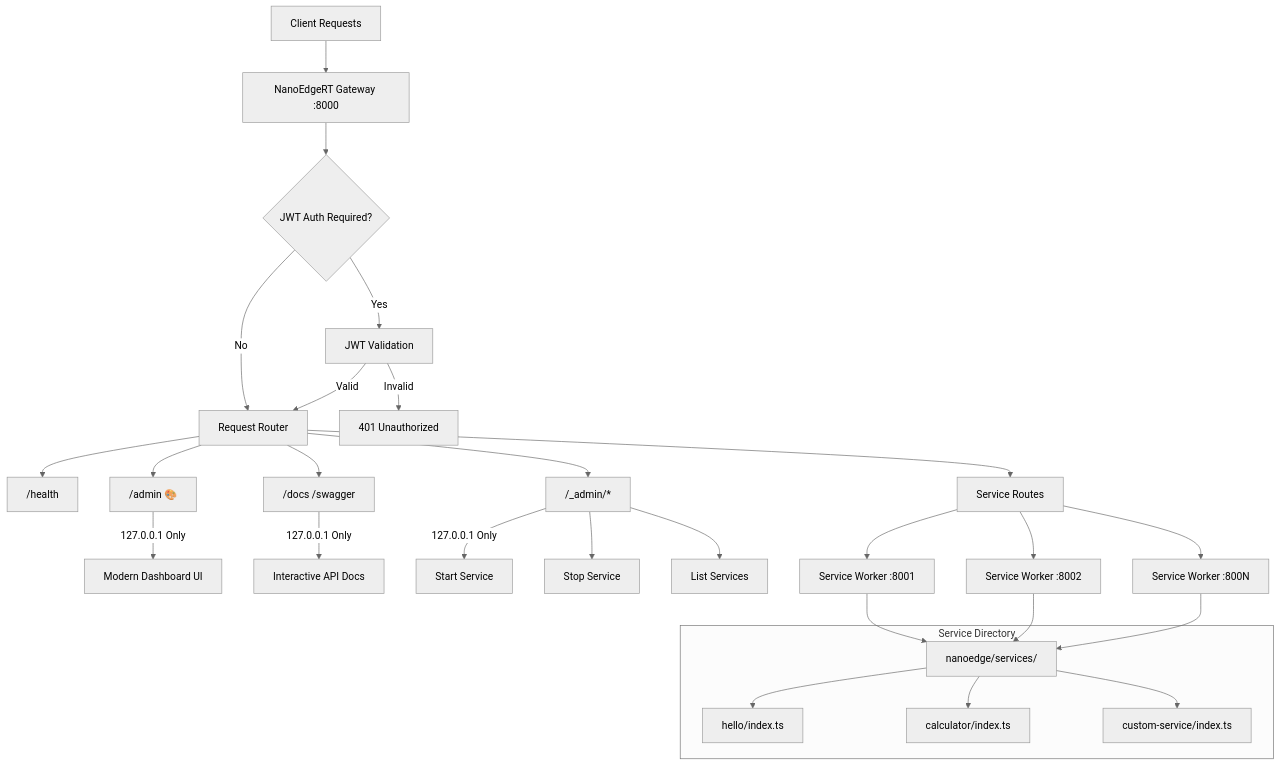
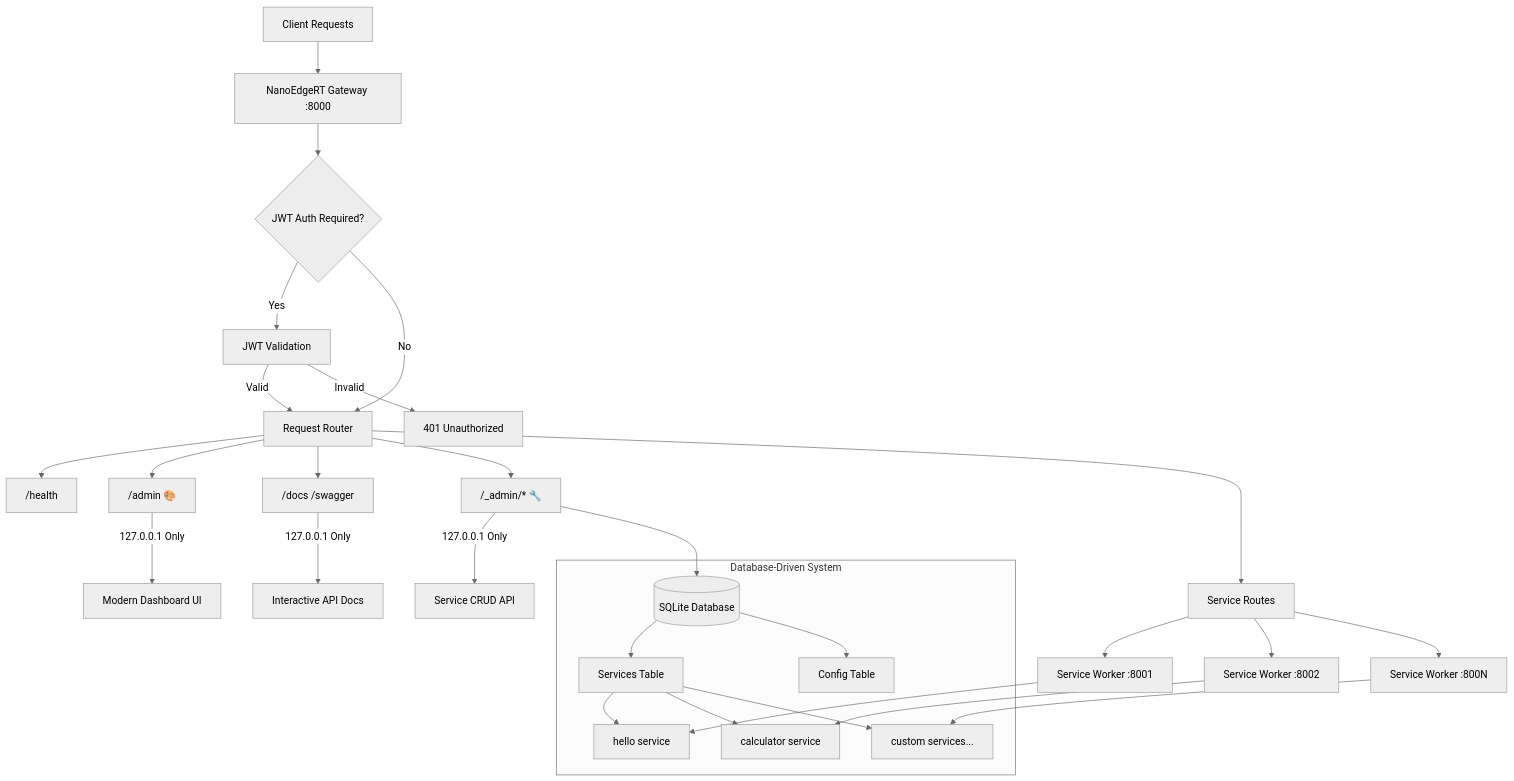
One commit to NanoInfra/NanoEdgeRT changed the first of 2 diagrams in README.md. Above: the diagram before and after it, drawn with Mermaid (neutral theme). The commit also changed other lines of this file and 27 other files, not shown here.

First line of the commit message:
feat: Refactor NanoEdgeRT to support database-stored services and dynamic API handling

````diff
--- a/README.md
+++ b/README.md
@@ -30,36 +31,36 @@
 ```mermaid
 graph TB
     Client[Client Requests] --> Gateway[NanoEdgeRT Gateway :8000]
     Gateway --> Auth{JWT Auth Required?}
     Auth -->|Yes| JWT[JWT Validation]
     Auth -->|No| Router[Request Router]
     JWT -->|Valid| Router
     JWT -->|Invalid| Error[401 Unauthorized]
     
     Router --> Health["/health"]
     Router --> AdminUI["/admin 🎨"]
     Router --> Docs["/docs /swagger"]
-    Router --> AdminAPI["/_admin/*"]
+    Router --> AdminAPI["/_admin/* 🔧"]
     Router --> Services[Service Routes]
     
     AdminUI -->|127.0.0.1 Only| Dashboard[Modern Dashboard UI]
     Docs -->|127.0.0.1 Only| SwaggerUI[Interactive API Docs]
-    AdminAPI -->|127.0.0.1 Only| Start[Start Service]
-    AdminAPI --> Stop[Stop Service]
-    AdminAPI --> List[List Services]
+    AdminAPI -->|127.0.0.1 Only| CRUD[Service CRUD API]
+    AdminAPI --> Database[(SQLite Database)]
     
     Services --> Worker1[Service Worker :8001]
     Services --> Worker2[Service Worker :8002]
     Services --> WorkerN[Service Worker :800N]
     
-    subgraph "Service Directory"
-        ServiceFiles["nanoedge/services/"]
-        ServiceFiles --> Hello["hello/index.ts"]
-        ServiceFiles --> Calculator["calculator/index.ts"]
-        ServiceFiles --> Custom["custom-service/index.ts"]
+    subgraph "Database-Driven System"
+        Database --> ServiceTable[Services Table]
+        Database --> ConfigTable[Config Table]
+        ServiceTable --> ServiceRecord1[hello service]
+        ServiceTable --> ServiceRecord2[calculator service]
+        ServiceTable --> ServiceRecordN[custom services...]
     end
     
-    Worker1 --> ServiceFiles
-    Worker2 --> ServiceFiles
-    WorkerN --> ServiceFiles
+    Worker1 --> ServiceRecord1
+    Worker2 --> ServiceRecord2
+    WorkerN --> ServiceRecordN
 ```
````
